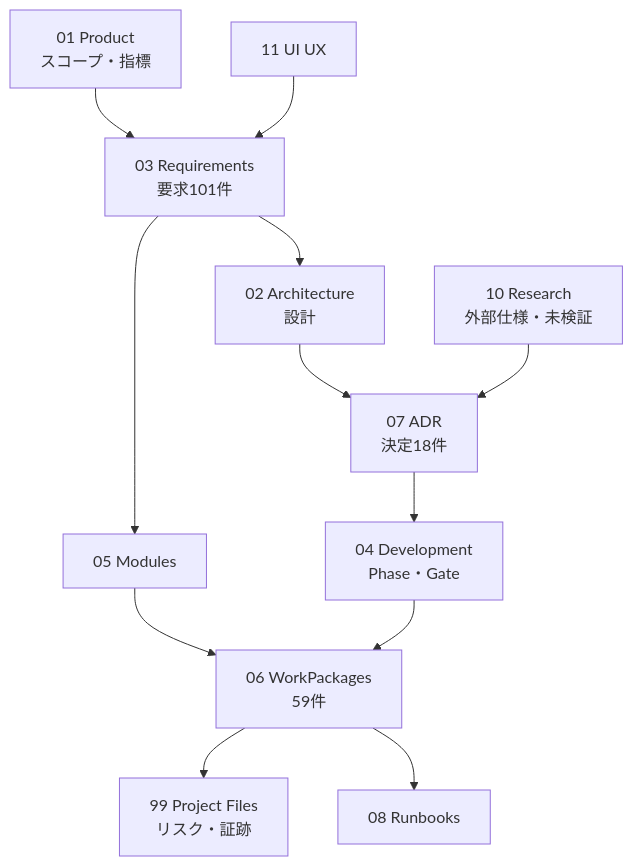
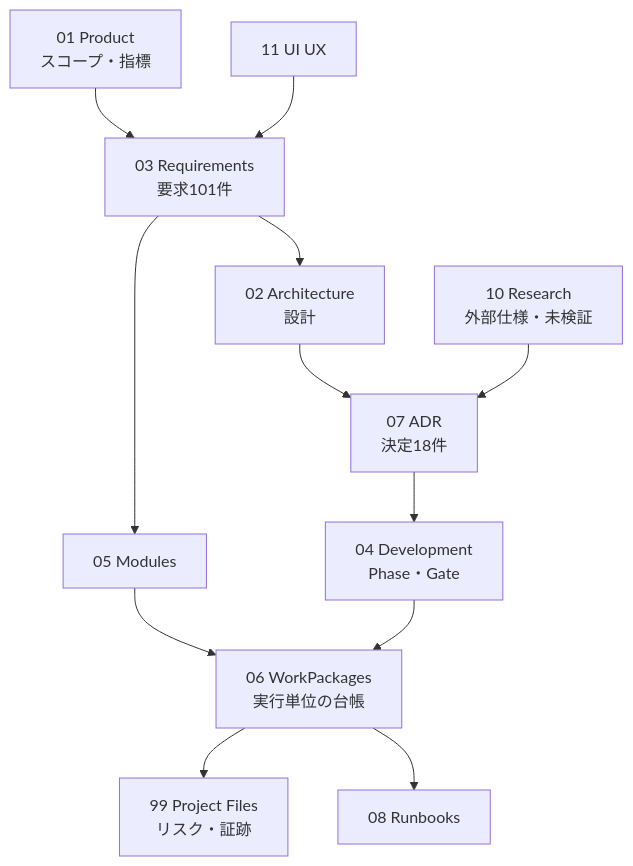
Before and after one commit to TommyKammy/SOLVI: the diagram in docs/planning/00_Index/00.3_Project_Map.md, drawn with Mermaid. The commit also changed 42 other files, not shown here.

````diff
--- a/docs/planning/00_Index/00.3_Project_Map.md
+++ b/docs/planning/00_Index/00.3_Project_Map.md
@@ -21,14 +21,14 @@
 ```mermaid
 flowchart TD
   Product[01 Product<br/>スコープ・指標] --> Req[03 Requirements<br/>要求101件]
   Req --> Arch[02 Architecture<br/>設計]
   Arch --> ADR[07 ADR<br/>決定18件]
   Req --> Modules[05 Modules]
   ADR --> Dev[04 Development<br/>Phase・Gate]
-  Modules --> WP[06 WorkPackages<br/>59件]
+  Modules --> WP[06 WorkPackages<br/>実行単位の台帳]
   Dev --> WP
   WP --> Evidence[99 Project Files<br/>リスク・証跡]
   UX[11 UI UX] --> Req
   Research[10 Research<br/>外部仕様・未検証] --> ADR
   WP --> Runbooks[08 Runbooks]
 ```
````
